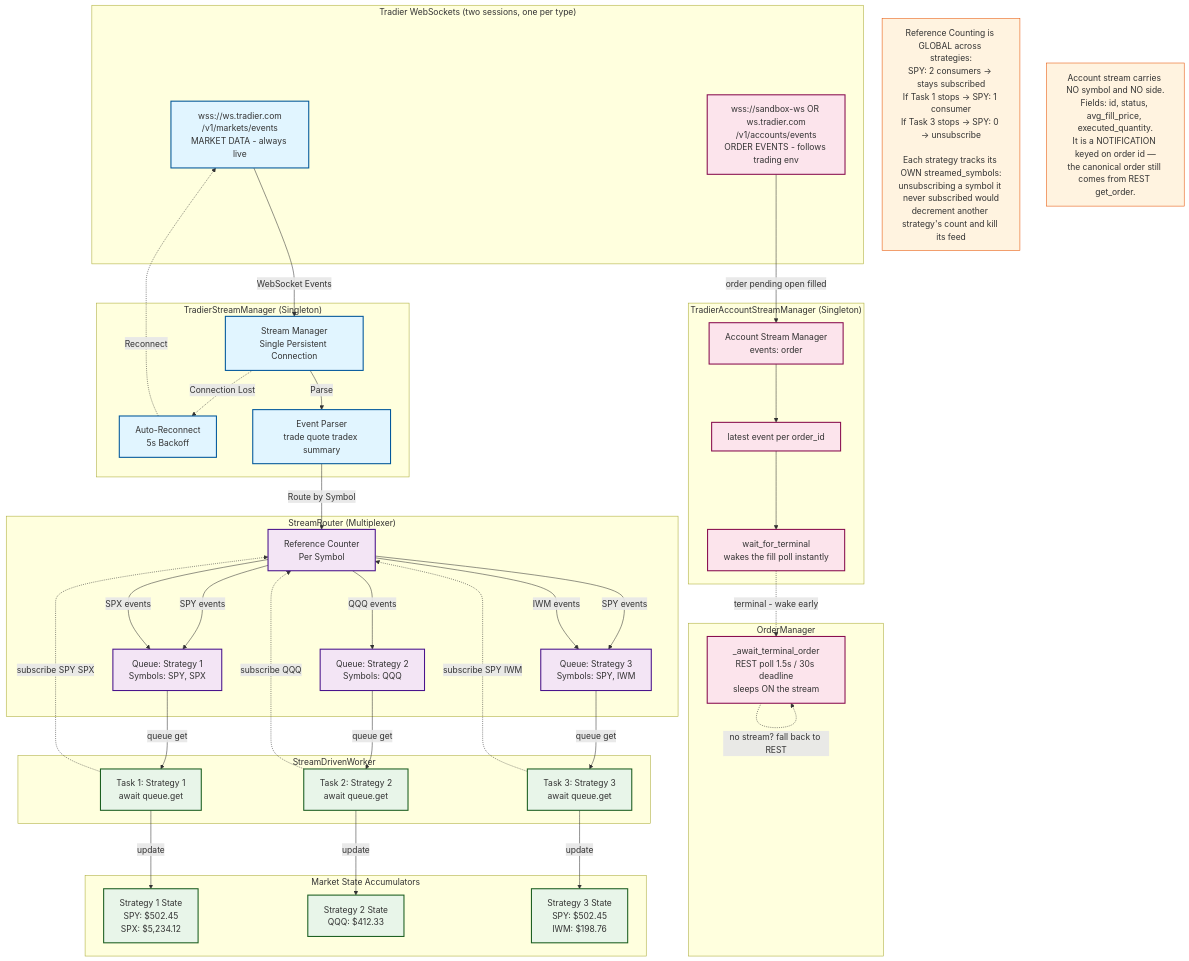
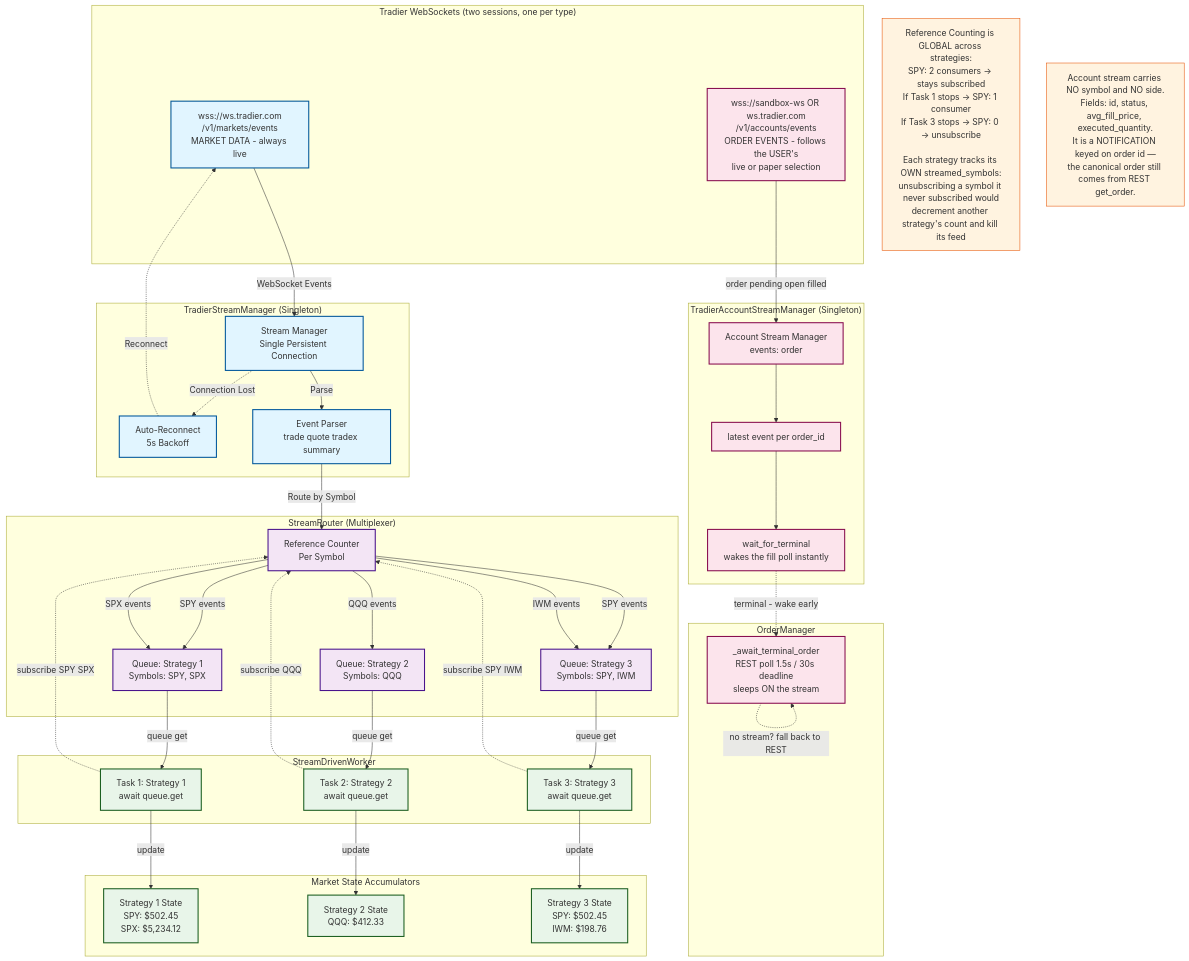
The eighth of 11 diagrams in docs/architecture-diagram.md (PirateKingSteve-0/VegaPunkR), drawn with Mermaid before and after one commit. The commit also changed other lines of this file and 11 other files, not shown here.

Commit message:
FIX - account websocket issue, arch diagram file, prehook commit

```diff
--- a/docs/architecture-diagram.md
+++ b/docs/architecture-diagram.md
@@ -707,7 +767,7 @@
 graph TB
     subgraph "Tradier WebSockets (two sessions, one per type)"
         WS[wss://ws.tradier.com<br/>/v1/markets/events<br/>MARKET DATA - always live]
-        WSA[wss://sandbox-ws OR ws.tradier.com<br/>/v1/accounts/events<br/>ORDER EVENTS - follows trading env]
+        WSA[wss://sandbox-ws OR ws.tradier.com<br/>/v1/accounts/events<br/>ORDER EVENTS - follows the USER's<br/>live or paper selection]
     end
 
     subgraph "TradierAccountStreamManager (Singleton)"
```
